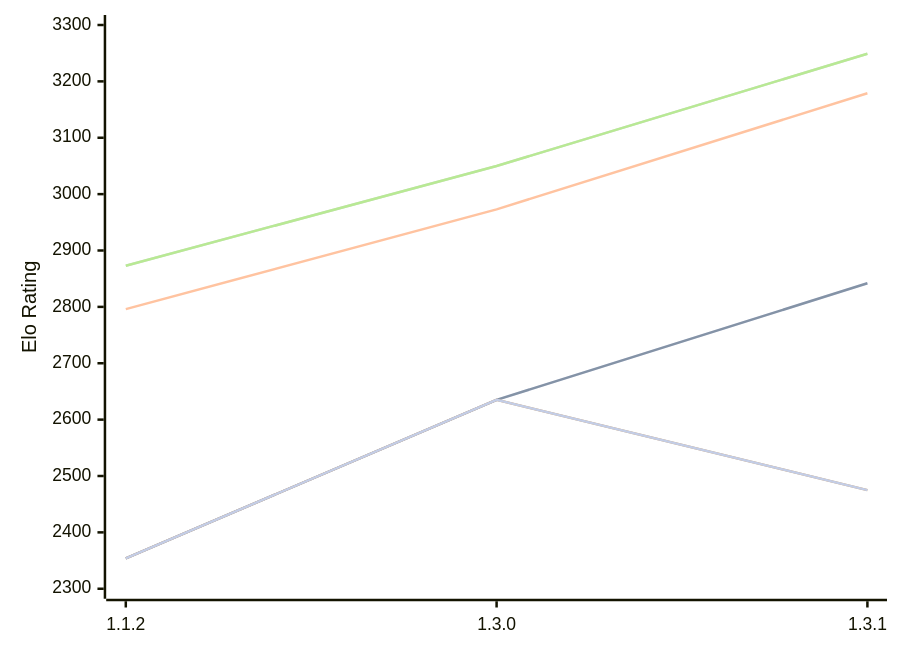
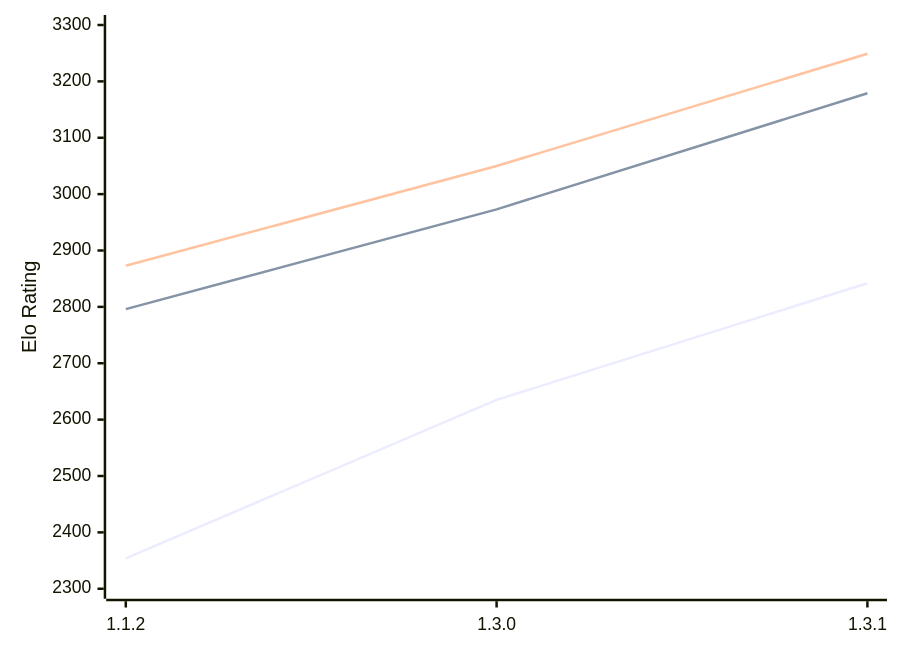
Before and after one commit to computer-chess-index/cci: the diagram in engines/Ember.md, drawn with Mermaid. The commit also changed other lines of this file, not shown here.

````diff
--- a/engines/Ember.md
+++ b/engines/Ember.md
@@ -49,13 +49,9 @@
 ```mermaid
 %%{init: {"theme":"base","themeVariables":{"seriesColors:['#a3a3a3','#222221','#faa371']}}}%%
 xychart-beta
   x-axis ["1.1.2", "1.3.0", "1.3.1"]
   y-axis "Elo Rating" 2300 --> 3300
-  line "" [2354, 2635, 2842]
   line "T1: STC (8.0+0.08s)" [2354, 2635, 2842]
   line "T1: LTC (60.0+0.60s)" [2796, 2973, 3179]
-  line "" [2873, 3050, 3249]
   line "T1: VLTC (2m24s+1.12s)" [2873, 3050, 3249]
-  line "" [2354, 2635,2475]
-  line "E1: STC (8.0+0.08s)" [2354, 2635,2475]
 ```
````
